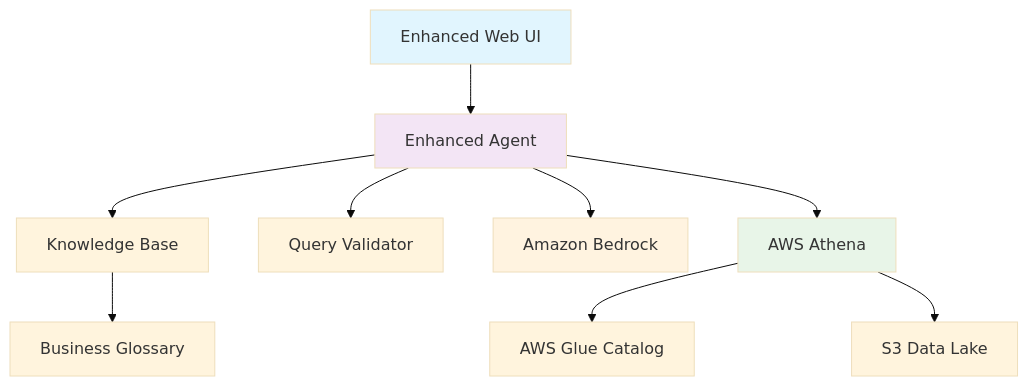
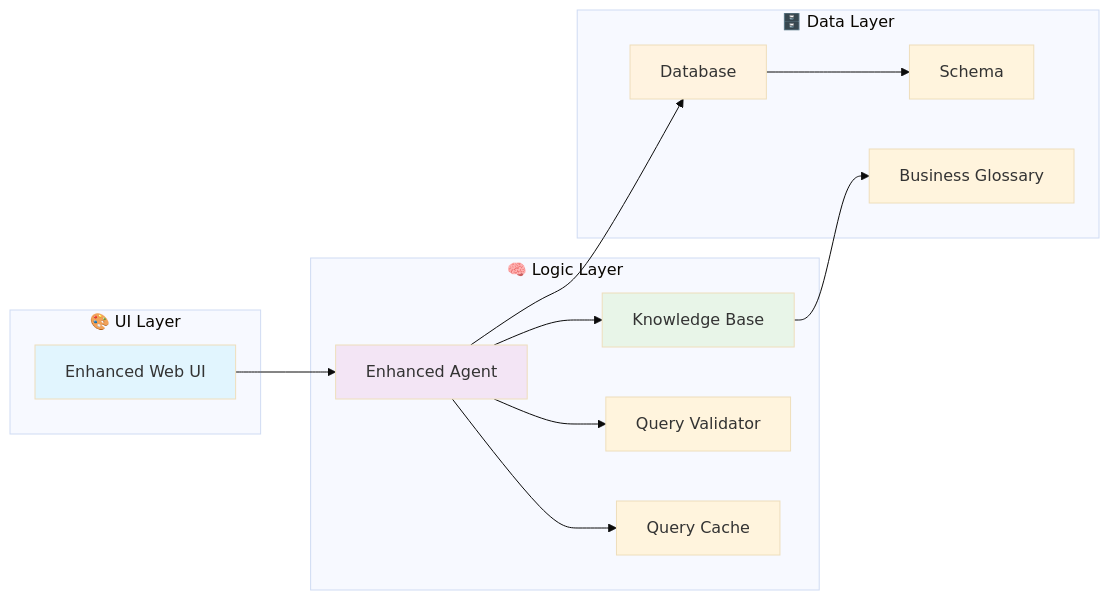
The third of 4 diagrams in README.md (ashokkumar261261/text-to-sql-agent), drawn with Mermaid (base theme) before and after one commit. The commit also changed other lines of this file, not shown here.

Commit message:
Add comprehensive project structure and enhanced architecture with KB integration

````diff
--- a/README.md
+++ b/README.md
@@ -109,16 +461,32 @@
 ```mermaid
-graph TB
-    A[Enhanced Web UI] --> B[Enhanced Agent]
-    B --> C[Knowledge Base]
-    B --> D[Query Validator]
-    B --> E[Amazon Bedrock]
-    B --> F[AWS Athena]
-    F --> G[AWS Glue Catalog]
-    F --> H[S3 Data Lake]
-    C --> I[Business Glossary]
+graph LR
+    subgraph "🎨 UI Layer"
+        UI[Enhanced Web UI]
+    end
     
-    style A fill:#e1f5fe
-    style B fill:#f3e5f5
-    style E fill:#fff3e0
-    style F fill:#e8f5e8
+    subgraph "🧠 Logic Layer"
+        EA[Enhanced Agent]
+        KB[Knowledge Base]
+        QV[Query Validator]
+        QC[Query Cache]
+    end
+    
+    subgraph "🗄️ Data Layer"
+        DB[Database]
+        SC[Schema]
+        GL[Business Glossary]
+    end
+    
+    UI --> EA
+    EA --> KB
+    EA --> QV
+    EA --> QC
+    EA --> DB
+    DB --> SC
+    KB --> GL
+    
+    style UI fill:#e1f5fe
+    style EA fill:#f3e5f5
+    style KB fill:#e8f5e8
+    style DB fill:#fff3e0
 ```
````
